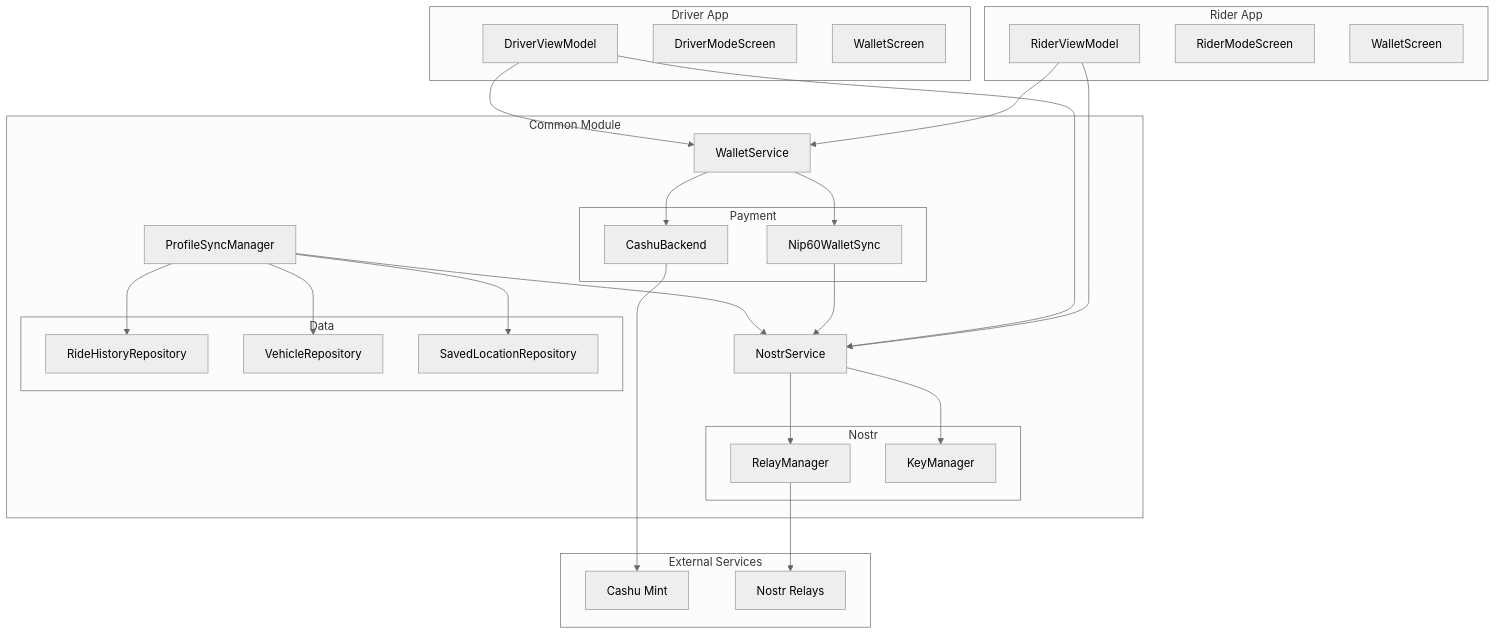
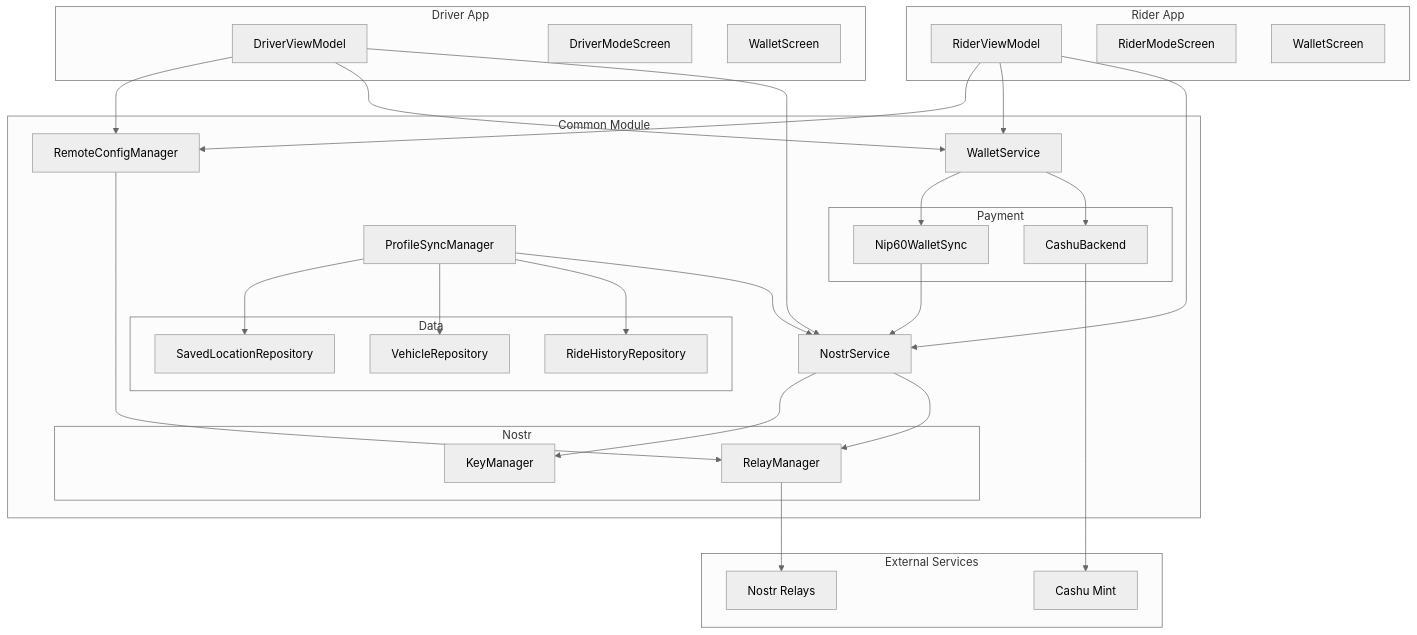
The first of 6 diagrams in docs/CONNECTIONS.md (variablefate/ridestr), drawn with Mermaid (neutral theme) before and after one commit. The commit also changed other lines of this file, not shown here.

Commit message:
Update CONNECTIONS.md with Kind 30182 and RemoteConfigManager

````diff
--- a/docs/CONNECTIONS.md
+++ b/docs/CONNECTIONS.md
@@ -11,60 +11,65 @@
 ```mermaid
 graph TB
     subgraph "Rider App"
         RVM[RiderViewModel]
         RMS[RiderModeScreen]
         RWS[WalletScreen]
     end
 
     subgraph "Driver App"
         DVM[DriverViewModel]
         DMS[DriverModeScreen]
         DWS[WalletScreen]
     end
 
     subgraph "Common Module"
         NS[NostrService]
         WS[WalletService]
         PSM[ProfileSyncManager]
+        RCM[RemoteConfigManager]
 
         subgraph "Payment"
             CB[CashuBackend]
             N60[Nip60WalletSync]
         end
 
         subgraph "Data"
             RHR[RideHistoryRepository]
             VR[VehicleRepository]
             SLR[SavedLocationRepository]
         end
 
         subgraph "Nostr"
             RM[RelayManager]
             KM[KeyManager]
         end
     end
 
     subgraph "External Services"
         MINT[Cashu Mint]
         RELAYS[Nostr Relays]
     end
 
     RVM --> NS
     RVM --> WS
     DVM --> NS
     DVM --> WS
 
     NS --> RM
     NS --> KM
     RM --> RELAYS
 
     WS --> CB
     WS --> N60
     CB --> MINT
     N60 --> NS
 
     PSM --> NS
     PSM --> RHR
     PSM --> VR
     PSM --> SLR
+
+    RCM --> RM
+    RVM --> RCM
+    DVM --> RCM
 ```
````
